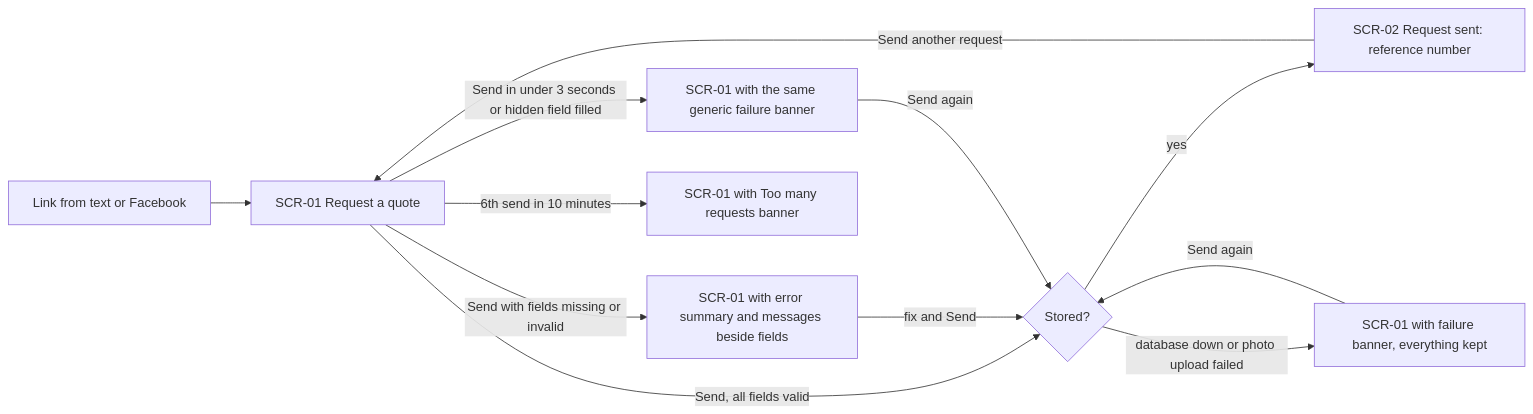
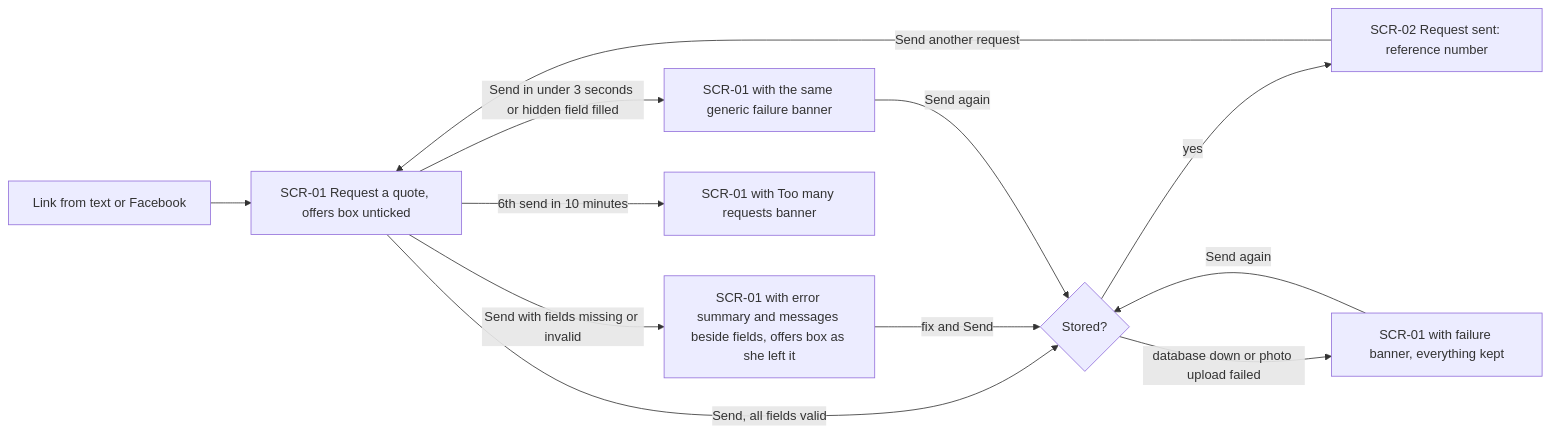
The first of 7 diagrams in docs/user-flows.md (westmatty92-alt/northside-quotes), drawn with Mermaid before and after one commit. The commit also changed other lines of this file and 83 other files, not shown here.

````diff
--- a/docs/user-flows.md
+++ b/docs/user-flows.md
@@ -39,14 +42,14 @@
 ```mermaid
 flowchart LR
-  L["Link from text or Facebook"] --> A["SCR-01 Request a quote"]
+  L["Link from text or Facebook"] --> A["SCR-01 Request a quote, offers box unticked"]
   A -->|"Send, all fields valid"| B{"Stored?"}
   B -->|"yes"| C["SCR-02 Request sent: reference number"]
   B -->|"database down or photo upload failed"| D["SCR-01 with failure banner, everything kept"]
-  A -->|"Send with fields missing or invalid"| E["SCR-01 with error summary and messages beside fields"]
+  A -->|"Send with fields missing or invalid"| E["SCR-01 with error summary and messages beside fields, offers box as she left it"]
   A -->|"Send in under 3 seconds or hidden field filled"| F["SCR-01 with the same generic failure banner"]
   A -->|"6th send in 10 minutes"| G["SCR-01 with Too many requests banner"]
   D -->|"Send again"| B
   E -->|"fix and Send"| B
   F -->|"Send again"| B
   C -->|"Send another request"| A
 ```
````
